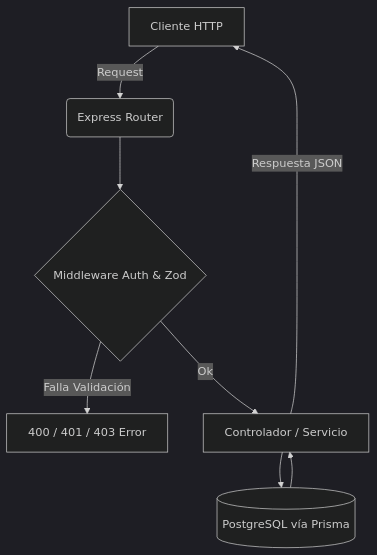
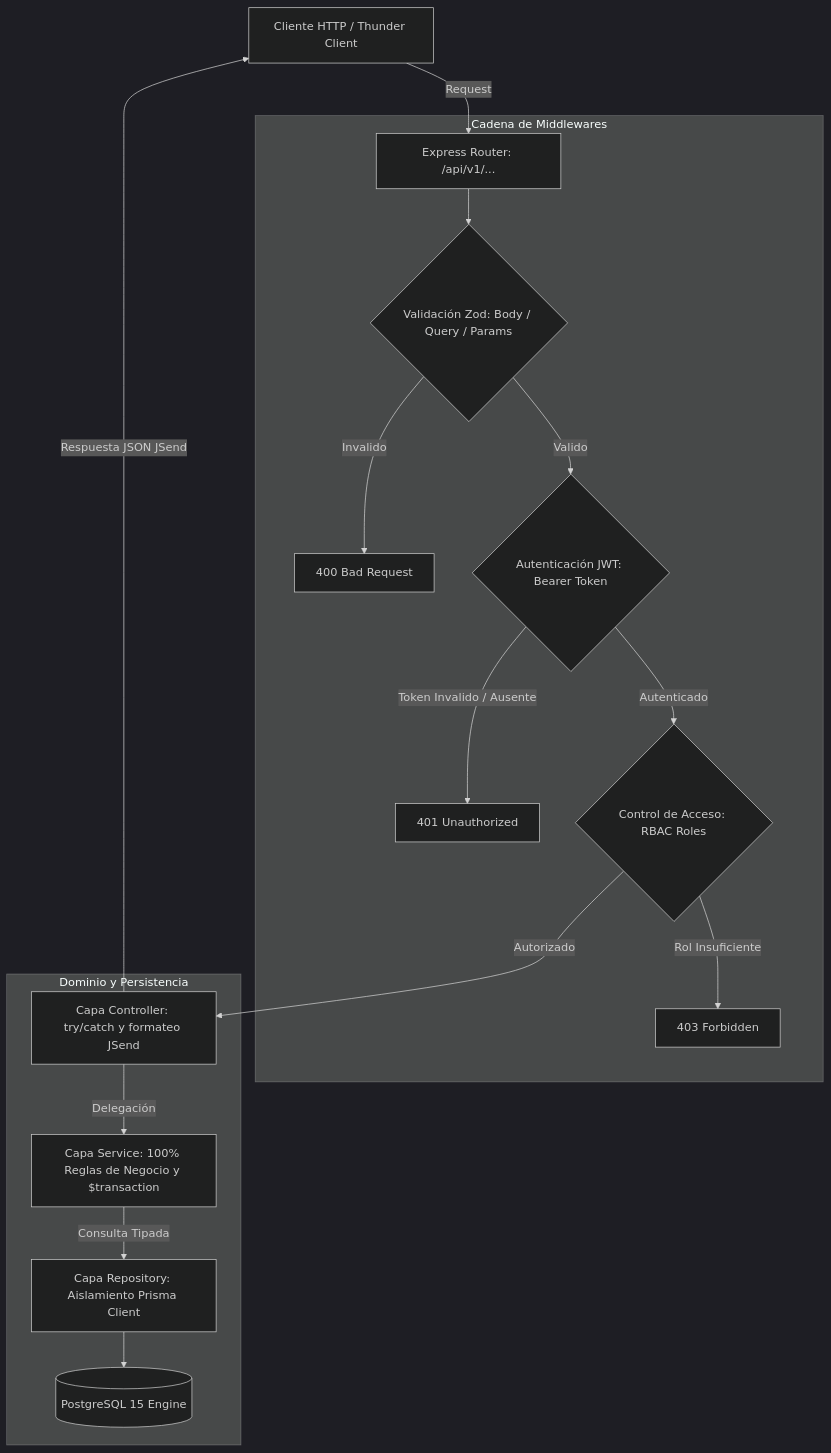
The diagram in README.md (zgfnicolas/recetaria), drawn with Mermaid (dark theme) before and after one commit. The commit also changed other lines of this file, not shown here.

Commit message:
docs: update README with real repository setup, Docker workflows, and architecture map

````diff
--- a/README.md
+++ b/README.md
@@ -74,10 +119,23 @@
 ```mermaid
 graph TD
-    A[Cliente HTTP] -->|Request| B(Express Router)
-    B --> C{Middleware Auth & Zod}
-    C -->|Falla Validación| E[400 / 401 / 403 Error]
-    C -->|Ok| D[Controlador / Servicio]
-    D --> F[(PostgreSQL vía Prisma)]
-    F --> D
-    D -->|Respuesta JSON| A
+    Client[Cliente HTTP / Thunder Client] -->|Request| Router[Express Router: /api/v1/...]
+    
+    subgraph Middlewares_Chain [Cadena de Middlewares]
+        Router --> Mid_Zod{Validación Zod: Body / Query / Params}
+        Mid_Zod -->|Invalido| E400[400 Bad Request]
+        Mid_Zod -->|Valido| Mid_Auth{Autenticación JWT: Bearer Token}
+        Mid_Auth -->|Token Invalido / Ausente| E401[401 Unauthorized]
+        Mid_Auth -->|Autenticado| Mid_RBAC{Control de Acceso: RBAC Roles}
+        Mid_RBAC -->|Rol Insuficiente| E403[403 Forbidden]
+    end
+
+    Mid_RBAC -->|Autorizado| Controller[Capa Controller: try/catch y formateo JSend]
+    
+    subgraph Core_Logic [Dominio y Persistencia]
+        Controller -->|Delegación| Service[Capa Service: 100% Reglas de Negocio y $transaction]
+        Service -->|Consulta Tipada| Repository[Capa Repository: Aislamiento Prisma Client]
+        Repository --> DB[(PostgreSQL 15 Engine)]
+    end
+
+    Controller -->|Respuesta JSON JSend| Client
 ```
````
